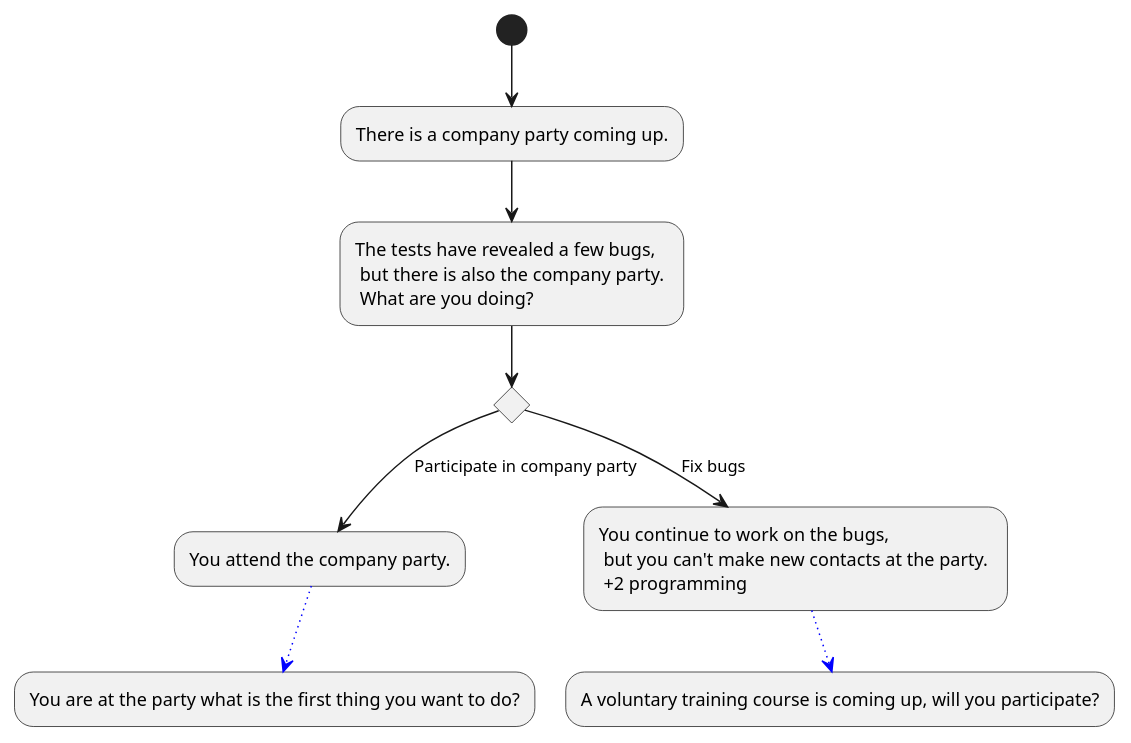
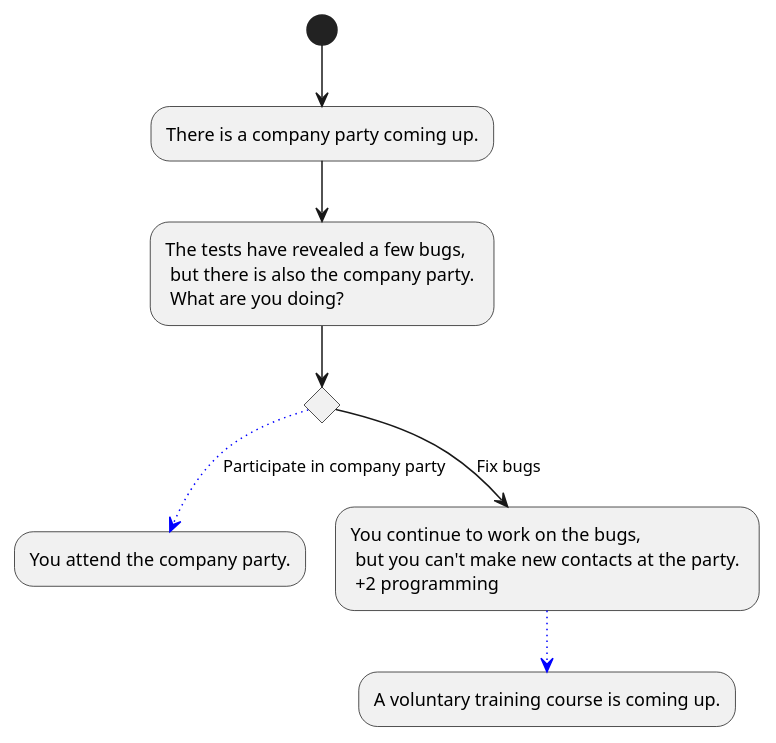
Before and after one commit to Brotenko/QualityQuest: the diagram in Docs/Technical Specifications/docs/diagrams/StoryFlow/StoryFlow_Decision_6.puml, drawn with PlantUML. The commit also changed 14 other files, not shown here.

```diff
--- a/Docs/Technical Specifications/docs/diagrams/StoryFlow/StoryFlow_Decision_6.puml
+++ b/Docs/Technical Specifications/docs/diagrams/StoryFlow/StoryFlow_Decision_6.puml
@@ -1,12 +1,12 @@
 @startuml
 (*) --> "There is a company party coming up."
 --> "The tests have revealed a few bugs, \n but there is also the company party. \n What are you doing?"
 if " " then 
---> [Participate in company party] "You attend the company party."
--[#blue,dotted]-> "You are at the party what is the first thing you want to do?"
+-[#blue,dotted]-> [Participate in company party] "You attend the company party."
+
 else 
 --> [Fix bugs] "You continue to work on the bugs, \n but you can't make new contacts at the party. \n +2 programming"
--[#blue,dotted]-> "A voluntary training course is coming up, will you participate?"
+-[#blue,dotted]-> "A voluntary training course is coming up."
 
 
 @enduml
```
